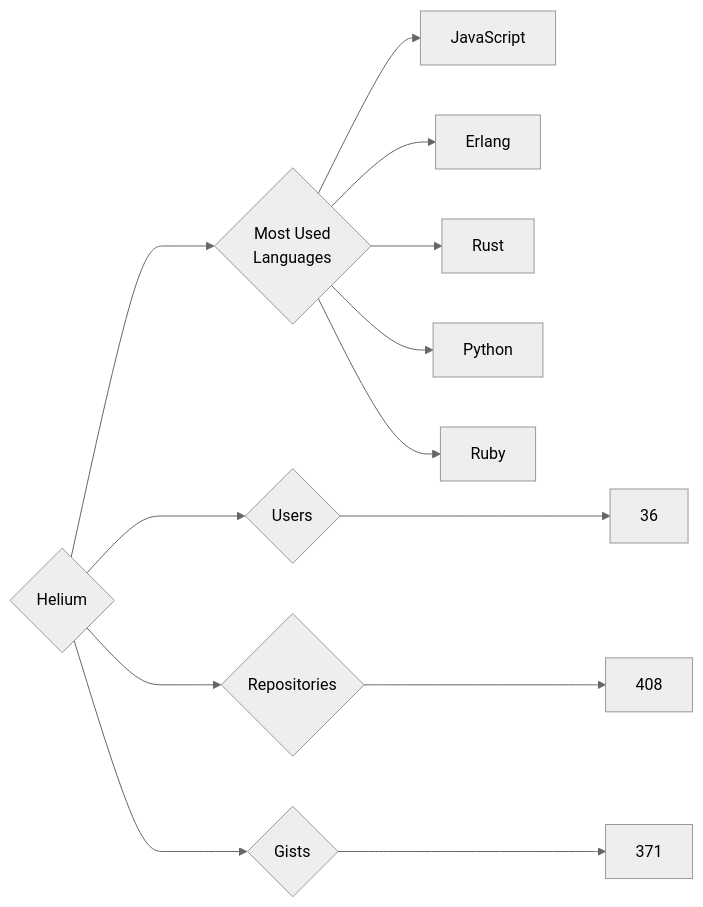
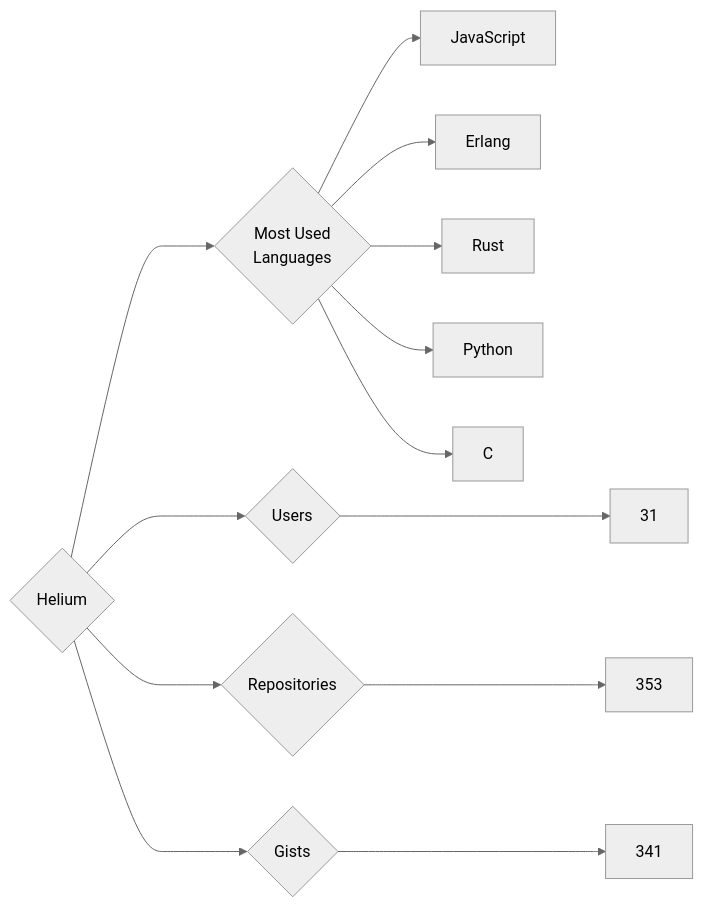
Before and after one commit to trickest/insiders: the diagram in targets/Helium/README.md, drawn with Mermaid (neutral theme). The commit also changed 870 other files, not shown here.

````diff
--- a/targets/Helium/README.md
+++ b/targets/Helium/README.md
@@ -3,13 +3,13 @@
 ```mermaid
 graph LR
 COMPANY_NAME{Helium}
-COMPANY_NAME ---> U{Users} ---> UN[36]
-COMPANY_NAME ---> R{Repositories} ---> RN[408]
-COMPANY_NAME ---> G{Gists} ---> GN[371]
+COMPANY_NAME ---> U{Users} ---> UN[31]
+COMPANY_NAME ---> R{Repositories} ---> RN[353]
+COMPANY_NAME ---> G{Gists} ---> GN[341]
 COMPANY_NAME ---> ML{Most Used<br>Languages}
 ML --> JavaScript[JavaScript]
 ML --> Erlang[Erlang]
 ML --> Rust[Rust]
 ML --> Python[Python]
-ML --> Ruby[Ruby]
+ML --> C[C]
 ```
````
